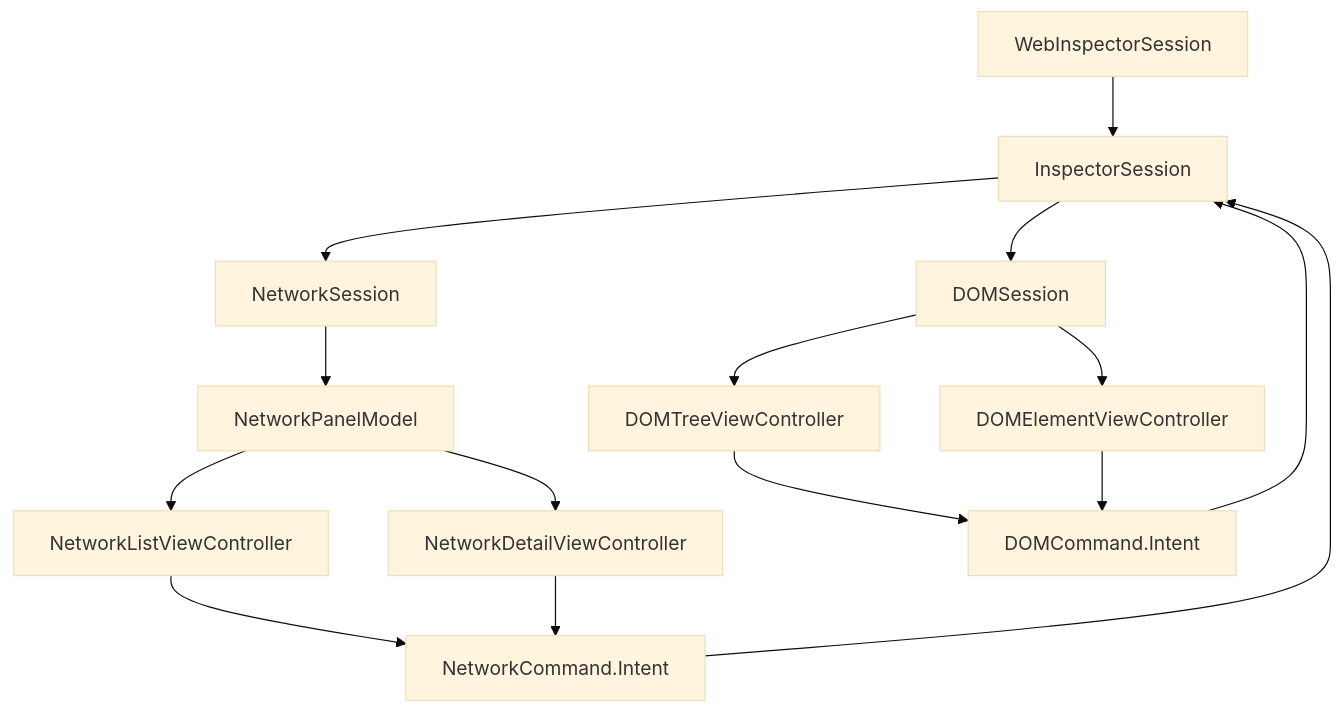
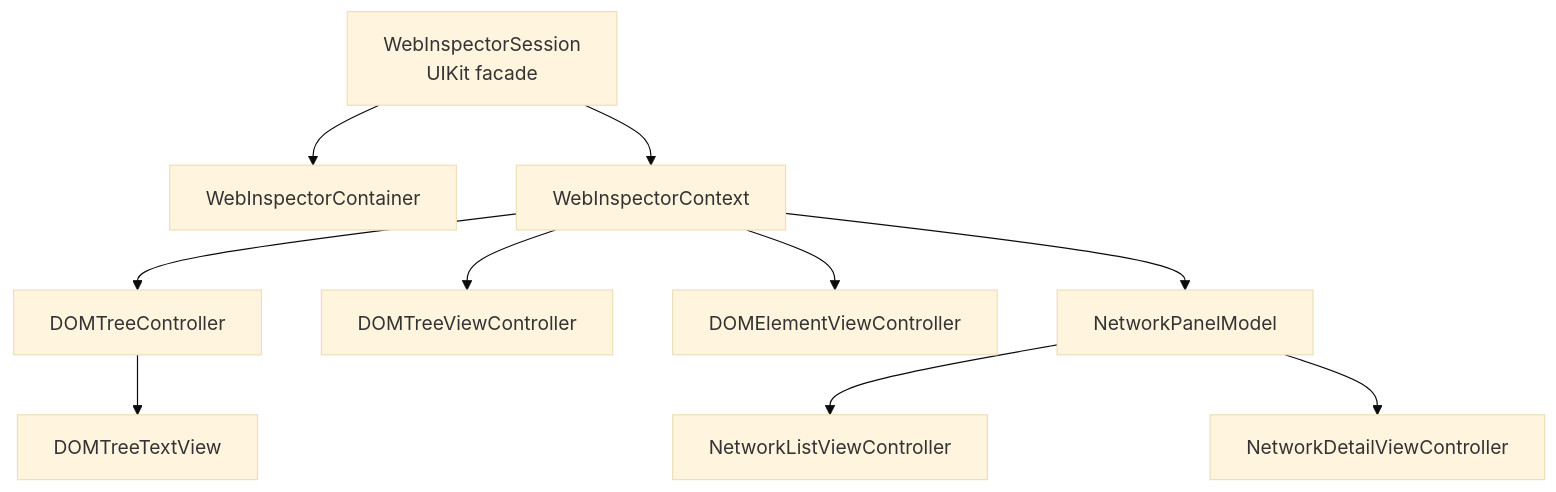
The second of 7 diagrams in Sources/WebInspectorUI/Docs/UIIntegration.md (lynnswap/WebInspectorKit), drawn with Mermaid (base theme) before and after one commit. The commit also changed other lines of this file and 11 other files, not shown here.

````diff
--- a/Sources/WebInspectorUI/Docs/UIIntegration.md
+++ b/Sources/WebInspectorUI/Docs/UIIntegration.md
@@ -40,29 +40,23 @@
 ```mermaid
 flowchart TD
-    PublicSession["WebInspectorSession"]
-    Runtime["InspectorSession"]
-    DOMSession["DOMSession"]
-    NetworkSession["NetworkSession"]
+    PublicSession["WebInspectorSession<br/>UIKit facade"]
+    Container["WebInspectorContainer"]
+    Context["WebInspectorContext"]
+    DOMTreeController["DOMTreeController"]
     DOMTree["DOMTreeViewController"]
+    DOMTextView["DOMTreeTextView"]
     DOMElement["DOMElementViewController"]
     NetworkPanel["NetworkPanelModel"]
     NetworkList["NetworkListViewController"]
     NetworkDetail["NetworkDetailViewController"]
-    DOMCommands["DOMCommand.Intent"]
-    NetworkCommands["NetworkCommand.Intent"]
 
-    PublicSession --> Runtime
-    Runtime --> DOMSession
-    Runtime --> NetworkSession
-    DOMSession --> DOMTree
-    DOMSession --> DOMElement
-    NetworkSession --> NetworkPanel
+    PublicSession --> Container
+    PublicSession --> Context
+    Context --> DOMTreeController
+    DOMTreeController --> DOMTextView
+    Context --> DOMTree
+    Context --> DOMElement
+    Context --> NetworkPanel
     NetworkPanel --> NetworkList
     NetworkPanel --> NetworkDetail
-    DOMTree --> DOMCommands
-    DOMElement --> DOMCommands
-    NetworkList --> NetworkCommands
-    NetworkDetail --> NetworkCommands
-    DOMCommands --> Runtime
-    NetworkCommands --> Runtime
 ```
````
